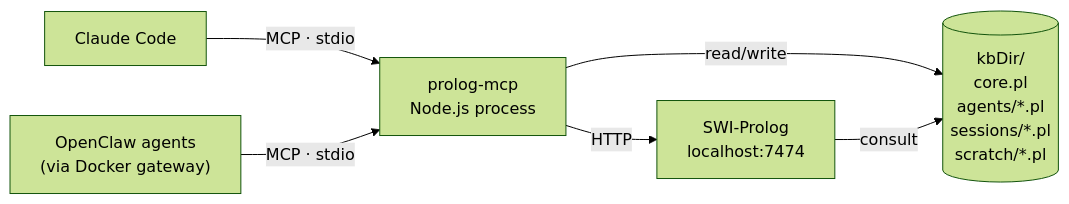
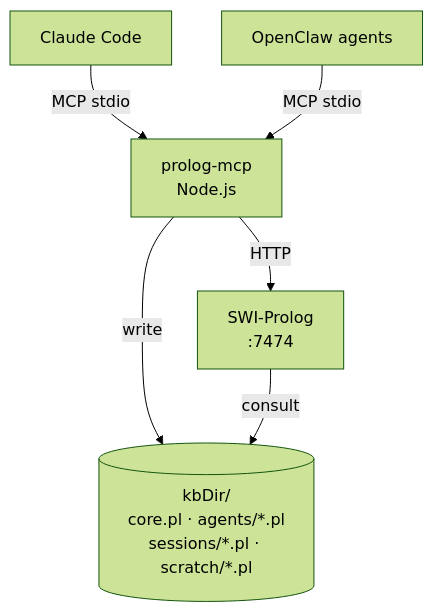
The diagram in README.md (umuro/prolog-mcp), drawn with Mermaid (forest theme) before and after one commit.

Commit message:
docs: switch Mermaid diagram to top-down layout for narrower render

````diff
--- a/README.md
+++ b/README.md
@@ -31,14 +31,17 @@
 ```mermaid
-flowchart LR
+flowchart TD
     CC["Claude Code"]
-    OC["OpenClaw agents\n(via Docker gateway)"]
-    MCP["prolog-mcp\nNode.js process"]
-    SWI["SWI-Prolog\nlocalhost:7474"]
-    KB[("kbDir/\ncore.pl\nagents/*.pl\nsessions/*.pl\nscratch/*.pl")]
+    OC["OpenClaw agents"]
 
-    CC  -- "MCP · stdio" --> MCP
-    OC  -- "MCP · stdio" --> MCP
-    MCP -- "HTTP"        --> SWI
-    MCP -- "read/write"  --> KB
-    SWI -- "consult"     --> KB
+    MCP["prolog-mcp\nNode.js"]
+
+    SWI["SWI-Prolog\n:7474"]
+
+    KB[("kbDir/\ncore.pl · agents/*.pl\nsessions/*.pl · scratch/*.pl")]
+
+    CC  -- "MCP stdio" --> MCP
+    OC  -- "MCP stdio" --> MCP
+    MCP -- "HTTP"      --> SWI
+    MCP -- "write"     --> KB
+    SWI -- "consult"   --> KB
 ```
````
